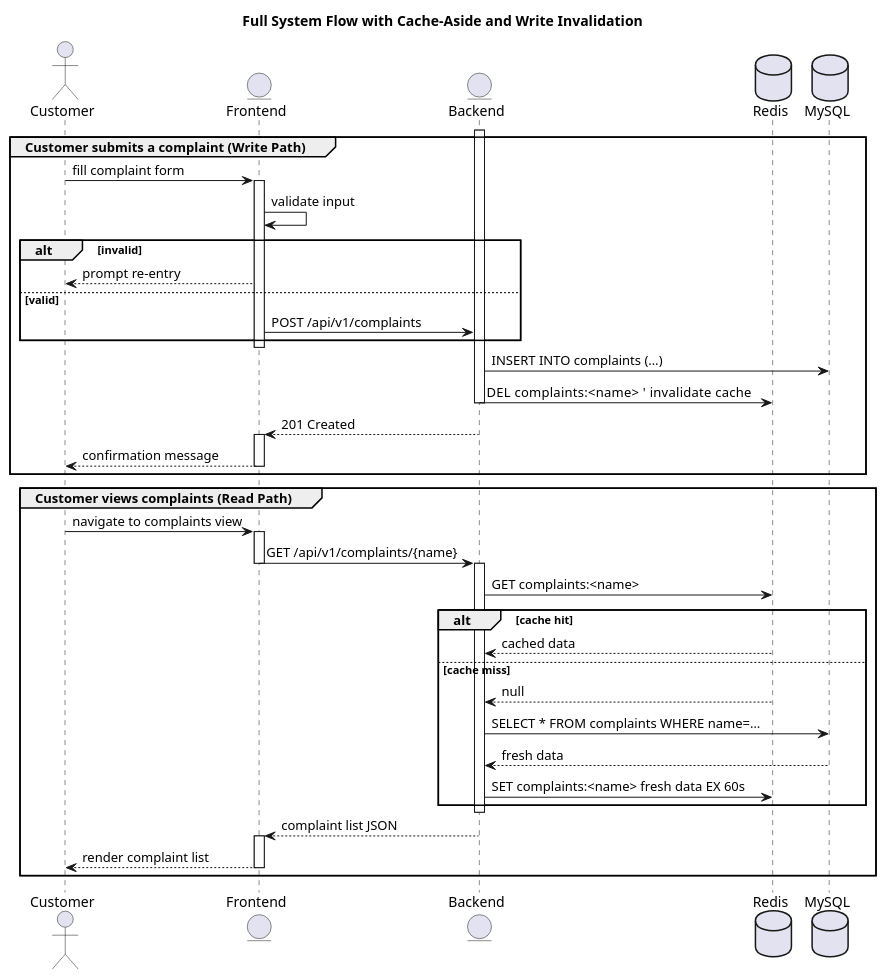
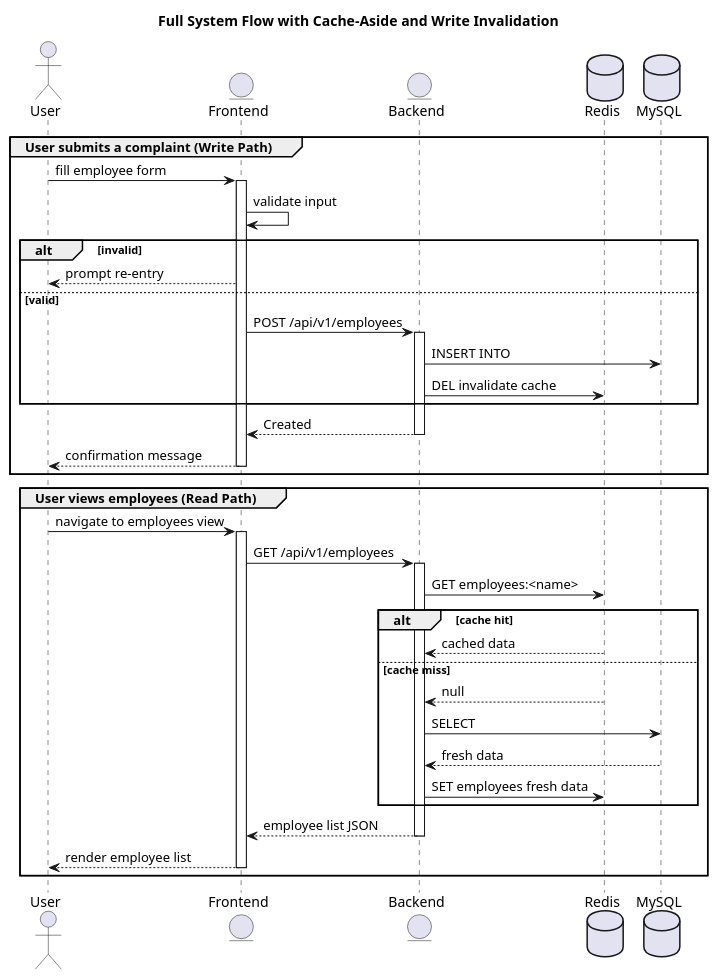
The diagram in architecture.puml (VeironVaya/mbc_week1), drawn with PlantUML before and after one commit. The commit also changed 6 other files, not shown here.

```diff
--- a/architecture.puml
+++ b/architecture.puml
@@ -1,56 +1,57 @@
 @startuml
 title Full System Flow with Cache-Aside and Write Invalidation
 
-actor Customer
+actor User
 entity Frontend
 entity Backend
 database Redis
 database MySQL
 
-group Customer submits a complaint (Write Path)
-    Customer -> Frontend: fill complaint form
+
+group User submits a complaint (Write Path)
+    User -> Frontend: fill employee form
     activate Frontend
         Frontend -> Frontend: validate input
         alt invalid
-            Frontend --> Customer: prompt re-entry
+            Frontend --> User: prompt re-entry
         else valid
-            Frontend -> Backend: POST /api/v1/complaints
+            Frontend -> Backend: POST /api/v1/employees
+            activate Backend
+                Backend -> MySQL: INSERT INTO
+                Backend -> Redis: DEL invalidate cache
         end
+
+
+    Backend --> Frontend: Created
+            deactivate Backend
+    
+    Frontend --> User: confirmation message
     deactivate Frontend
+    
+end group
+
+group User views employees (Read Path)
+    User -> Frontend: navigate to employees view
+    activate Frontend
+        Frontend -> Backend: GET /api/v1/employees
+
 
     activate Backend
-        Backend -> MySQL: INSERT INTO complaints (…)
-        Backend -> Redis: DEL complaints:<name>    ' invalidate cache
-    deactivate Backend
-
-    Backend --> Frontend: 201 Created
-    activate Frontend
-        Frontend --> Customer: confirmation message
-    deactivate Frontend
-end group
-
-group Customer views complaints (Read Path)
-    Customer -> Frontend: navigate to complaints view
-    activate Frontend
-        Frontend -> Backend: GET /api/v1/complaints/{name}
-    deactivate Frontend
-
-    activate Backend
-        Backend -> Redis: GET complaints:<name>
+        Backend -> Redis: GET employees:<name>
         alt cache hit
             Redis --> Backend: cached data
         else cache miss
             Redis --> Backend: null
-            Backend -> MySQL: SELECT * FROM complaints WHERE name=…
+            Backend -> MySQL: SELECT 
             MySQL --> Backend: fresh data
-            Backend -> Redis: SET complaints:<name> fresh data EX 60s
+            Backend -> Redis: SET employees fresh data
         end
+
+    Backend --> Frontend: employee list JSON
+
     deactivate Backend
-
-    Backend --> Frontend: complaint list JSON
-    activate Frontend
-        Frontend --> Customer: render complaint list
+        Frontend --> User: render employee list
     deactivate Frontend
 end group
 
 @enduml
```
